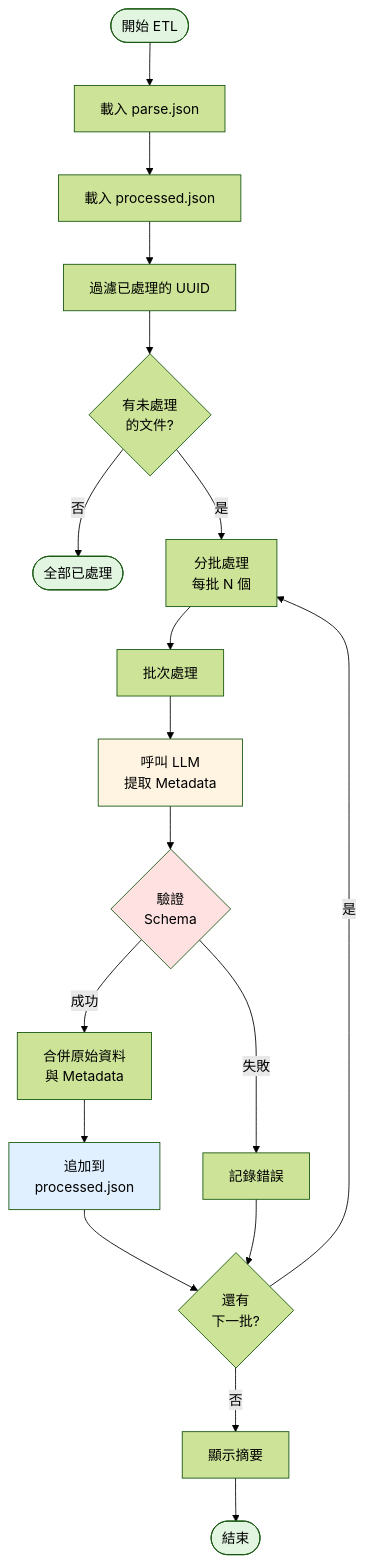
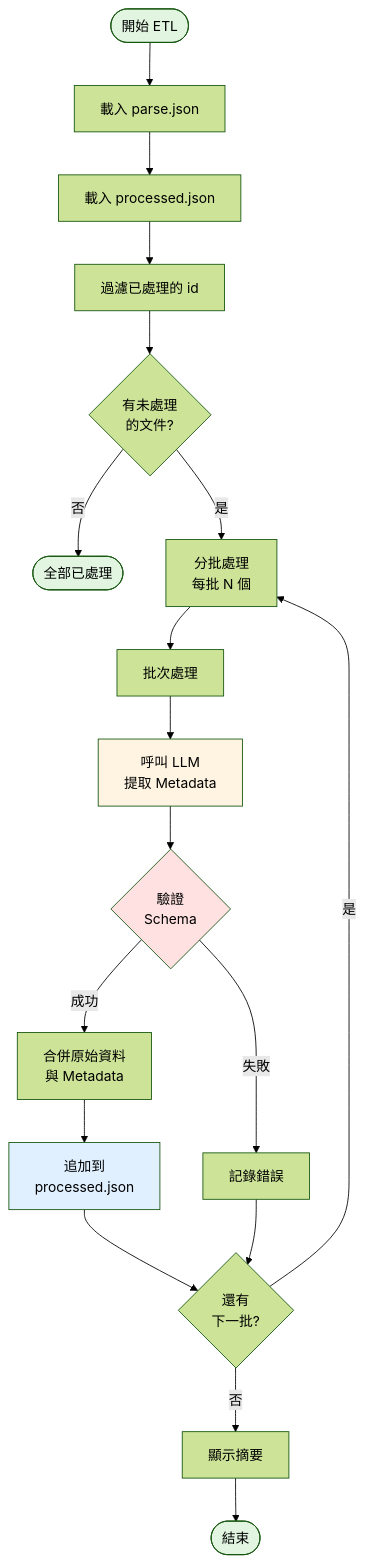
The diagram in archtect/etl.md (Data0831/meta-rag), drawn with Mermaid (forest theme) before and after one commit. The commit also changed other lines of this file and 21 other files, not shown here.

Commit message:
fix: uuid to id  | config.py load dotven

````diff
--- a/archtect/etl.md
+++ b/archtect/etl.md
@@ -17,31 +17,31 @@
 ```mermaid
 flowchart TD
     Start([開始 ETL]) --> LoadParsed[載入 parse.json]
     LoadParsed --> LoadProcessed[載入 processed.json]
-    LoadProcessed --> FilterUUID[過濾已處理的 UUID]
+    LoadProcessed --> Filterid[過濾已處理的 id]
 
-    FilterUUID --> CheckUnprocessed{有未處理<br/>的文件?}
+    Filterid --> CheckUnprocessed{有未處理<br/>的文件?}
     CheckUnprocessed -- 否 --> End1([全部已處理])
     CheckUnprocessed -- 是 --> BatchLoop[分批處理<br/>每批 N 個]
 
     BatchLoop --> ProcessBatch[批次處理]
     ProcessBatch --> LLM[呼叫 LLM<br/>提取 Metadata]
     LLM --> Validate{驗證<br/>Schema}
 
     Validate -- 失敗 --> LogError[記錄錯誤]
     Validate -- 成功 --> Merge[合併原始資料<br/>與 Metadata]
     Merge --> Append[追加到<br/>processed.json]
 
     Append --> NextBatch{還有<br/>下一批?}
     LogError --> NextBatch
     NextBatch -- 是 --> BatchLoop
     NextBatch -- 否 --> Summary[顯示摘要]
     Summary --> End2([結束])
 
     style Start fill:#e1f5e1
     style End1 fill:#e1f5e1
     style End2 fill:#e1f5e1
     style LLM fill:#fff4e1
     style Validate fill:#ffe1e1
     style Append fill:#e1f0ff
 ```
````
